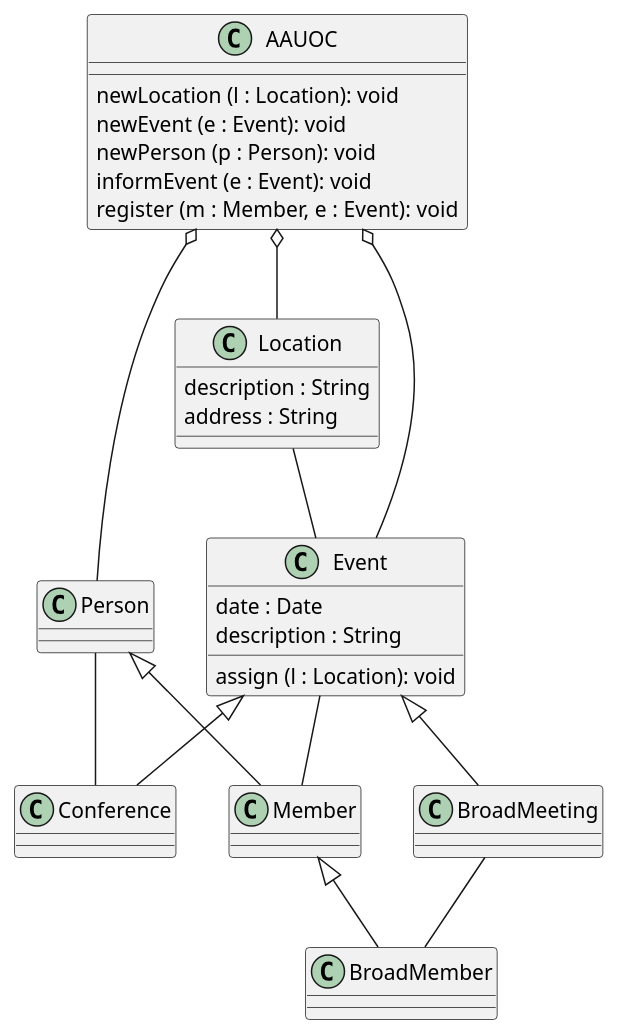
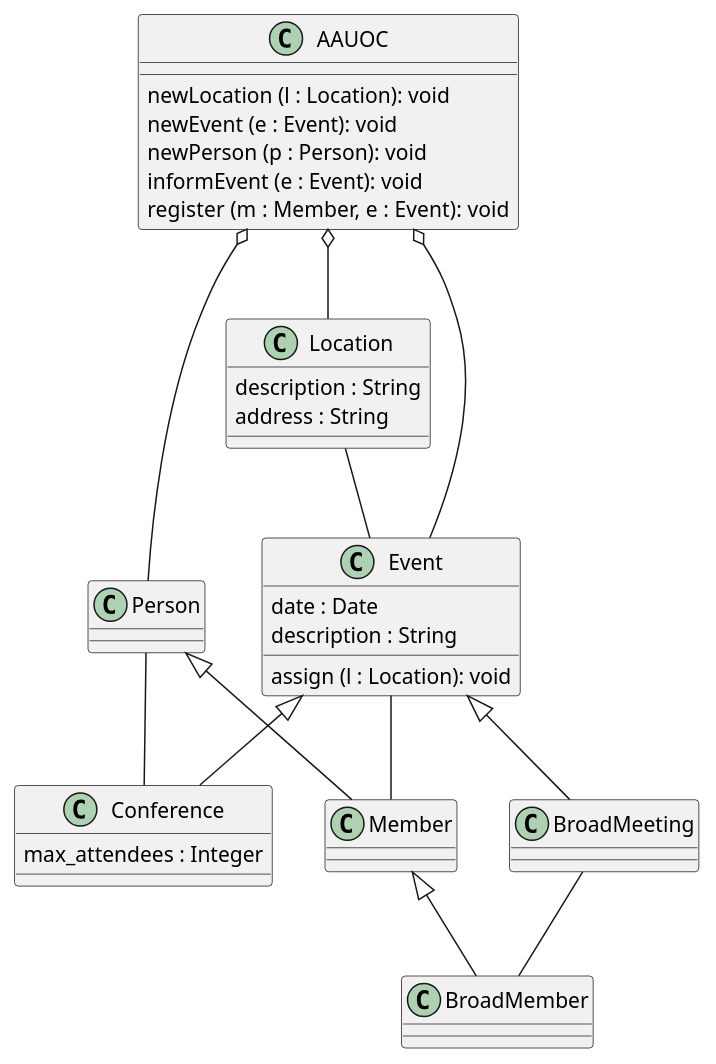
One commit to CorazaNegra/UMLClasesFSP changed the diagram in Practica_Diagramas_UML.puml. Above: the diagram before and after it, drawn with PlantUML.

Commit message:
Añadiendo atributos a Conference

```diff
--- a/Practica_Diagramas_UML.puml
+++ b/Practica_Diagramas_UML.puml
@@ -1,54 +1,54 @@
 @startuml
 
 class AAUOC{
     newLocation (l : Location): void
     newEvent (e : Event): void
     newPerson (p : Person): void
     informEvent (e : Event): void
     register (m : Member, e : Event): void
 }
 
 class Location{
     description : String
     address : String
 }
 
 class Event{
     date : Date
     description : String
     assign (l : Location): void
 }
 
 class Conference{
-
+    max_attendees : Integer
 }
 
 class BroadMeeting{
 
 }
 
 class Person{
 
 }
 
 class Member{
 
 }
 
 class BroadMember{
 
 }
 
 AAUOC o-- Event
 AAUOC o-- Location
 AAUOC o-- Person
 Location -- Event
 Event -- Member
 Person -- Conference
 BroadMeeting -- BroadMember
 Event <|-- Conference
 Event <|-- BroadMeeting
 Person <|-- Member
 Member <|-- BroadMember
 
 @enduml
```
